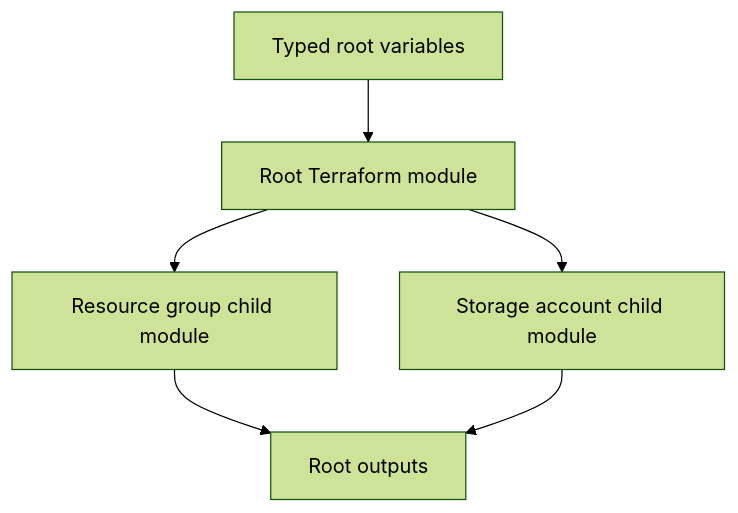
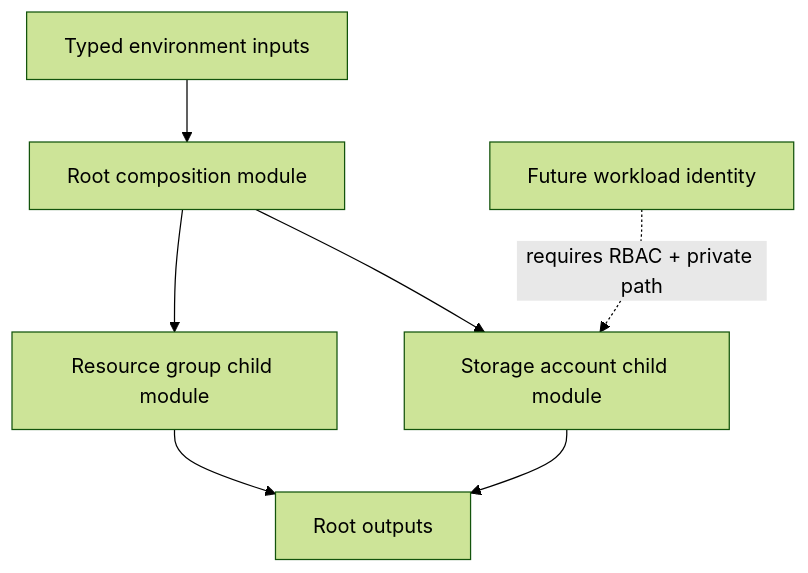
The diagram in README.md (haqueamir70-coder/Terraform-_Storage_Module), drawn with Mermaid (forest theme) before and after one commit. The commit also changed other lines of this file, not shown here.

````diff
--- a/README.md
+++ b/README.md
@@ -19,8 +26,9 @@
 ```mermaid
 flowchart TB
-  Inputs[Typed root variables] --> Root[Root Terraform module]
+  Vars[Typed environment inputs] --> Root[Root composition module]
   Root --> RG[Resource group child module]
   Root --> SA[Storage account child module]
-  RG --> Outputs[Root outputs]
-  SA --> Outputs
+  RG --> Out[Root outputs]
+  SA --> Out
+  Workload[Future workload identity] -. requires RBAC + private path .-> SA
 ```
````
